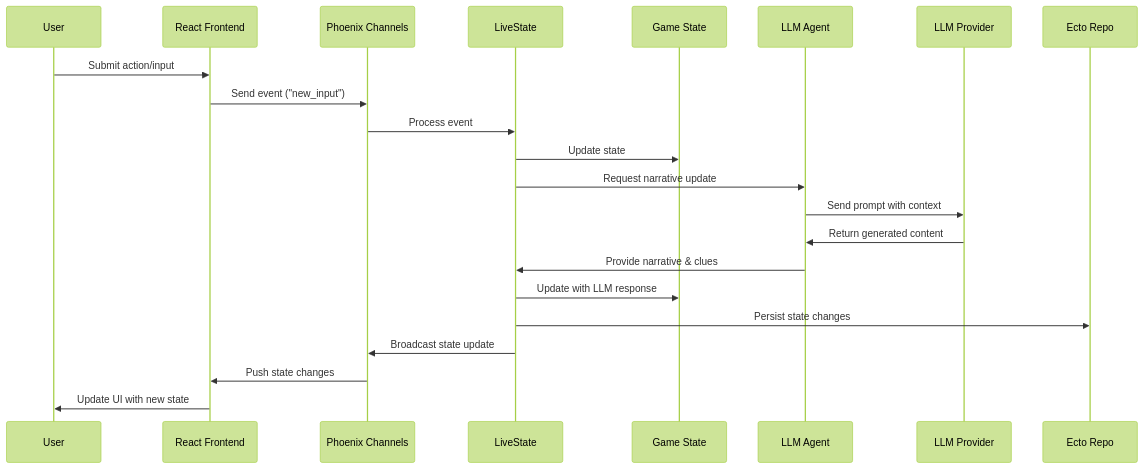
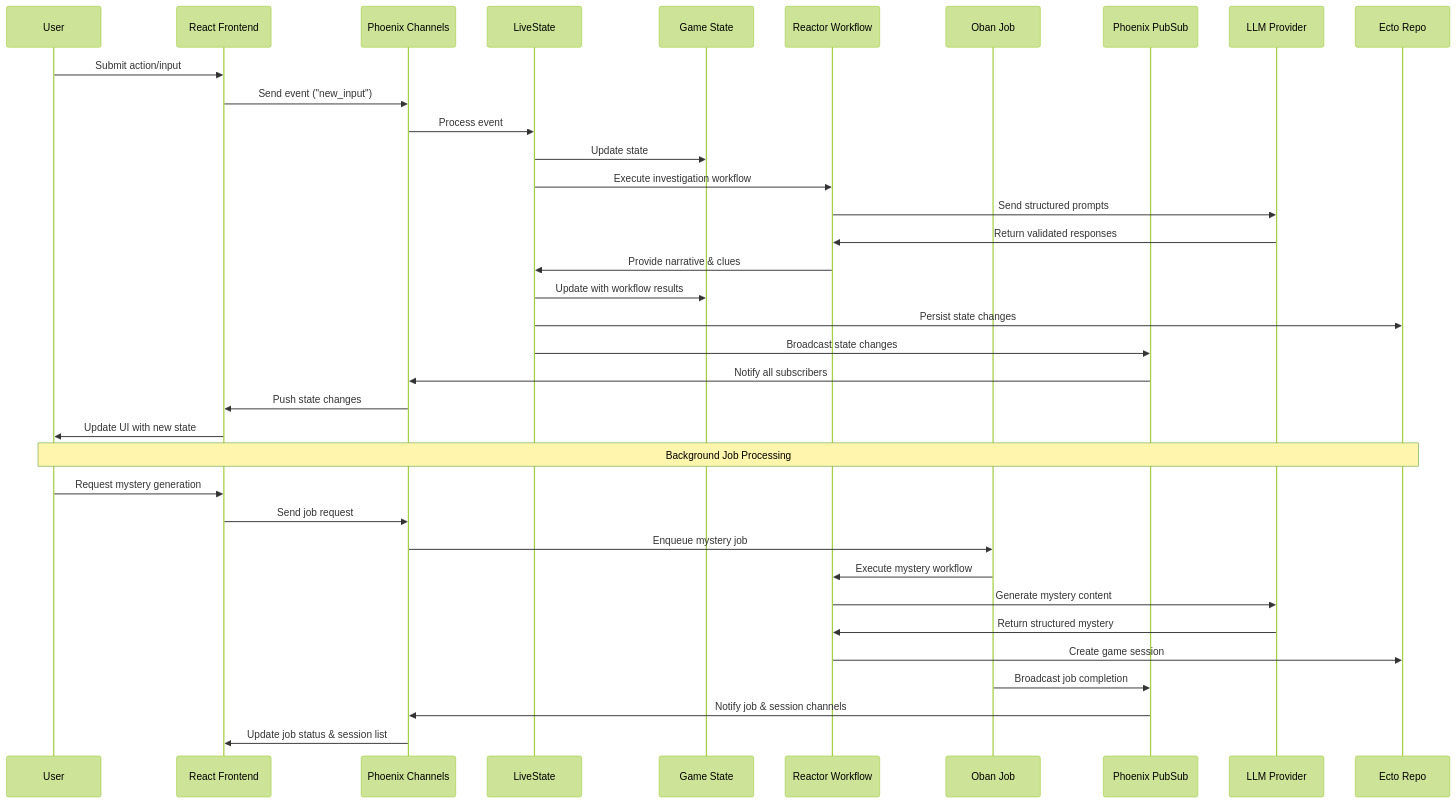
Before and after one commit to lostbean/project51: the first of 4 diagrams in architecture_diagrams.md, drawn with Mermaid (forest theme). The commit also changed other lines of this file and 2 other files, not shown here.

````diff
--- a/architecture_diagrams.md
+++ b/architecture_diagrams.md
@@ -5,25 +7,40 @@
 ```mermaid
 sequenceDiagram
     participant User
     participant ReactFrontend as React Frontend
     participant PhoenixChannels as Phoenix Channels
     participant LiveState
     participant GameState as Game State
-    participant LLMAgent as LLM Agent
+    participant ReactorWorkflow as Reactor Workflow
+    participant ObanJob as Oban Job
+    participant PubSub as Phoenix PubSub
     participant LLMProvider as LLM Provider
     participant EctoRepo as Ecto Repo
 
     User->>ReactFrontend: Submit action/input
     ReactFrontend->>PhoenixChannels: Send event ("new_input")
     PhoenixChannels->>LiveState: Process event
     LiveState->>GameState: Update state
-    LiveState->>LLMAgent: Request narrative update
-    LLMAgent->>LLMProvider: Send prompt with context
-    LLMProvider->>LLMAgent: Return generated content
-    LLMAgent->>LiveState: Provide narrative & clues
-    LiveState->>GameState: Update with LLM response
+    LiveState->>ReactorWorkflow: Execute investigation workflow
+    ReactorWorkflow->>LLMProvider: Send structured prompts
+    LLMProvider->>ReactorWorkflow: Return validated responses
+    ReactorWorkflow->>LiveState: Provide narrative & clues
+    LiveState->>GameState: Update with workflow results
     LiveState->>EctoRepo: Persist state changes
-    LiveState->>PhoenixChannels: Broadcast state update
+    LiveState->>PubSub: Broadcast state changes
+    PubSub->>PhoenixChannels: Notify all subscribers
     PhoenixChannels->>ReactFrontend: Push state changes
     ReactFrontend->>User: Update UI with new state
+    
+    Note over User, EctoRepo: Background Job Processing
+    User->>ReactFrontend: Request mystery generation
+    ReactFrontend->>PhoenixChannels: Send job request
+    PhoenixChannels->>ObanJob: Enqueue mystery job
+    ObanJob->>ReactorWorkflow: Execute mystery workflow
+    ReactorWorkflow->>LLMProvider: Generate mystery content
+    LLMProvider->>ReactorWorkflow: Return structured mystery
+    ReactorWorkflow->>EctoRepo: Create game session
+    ObanJob->>PubSub: Broadcast job completion
+    PubSub->>PhoenixChannels: Notify job & session channels
+    PhoenixChannels->>ReactFrontend: Update job status & session list
 ```
````
